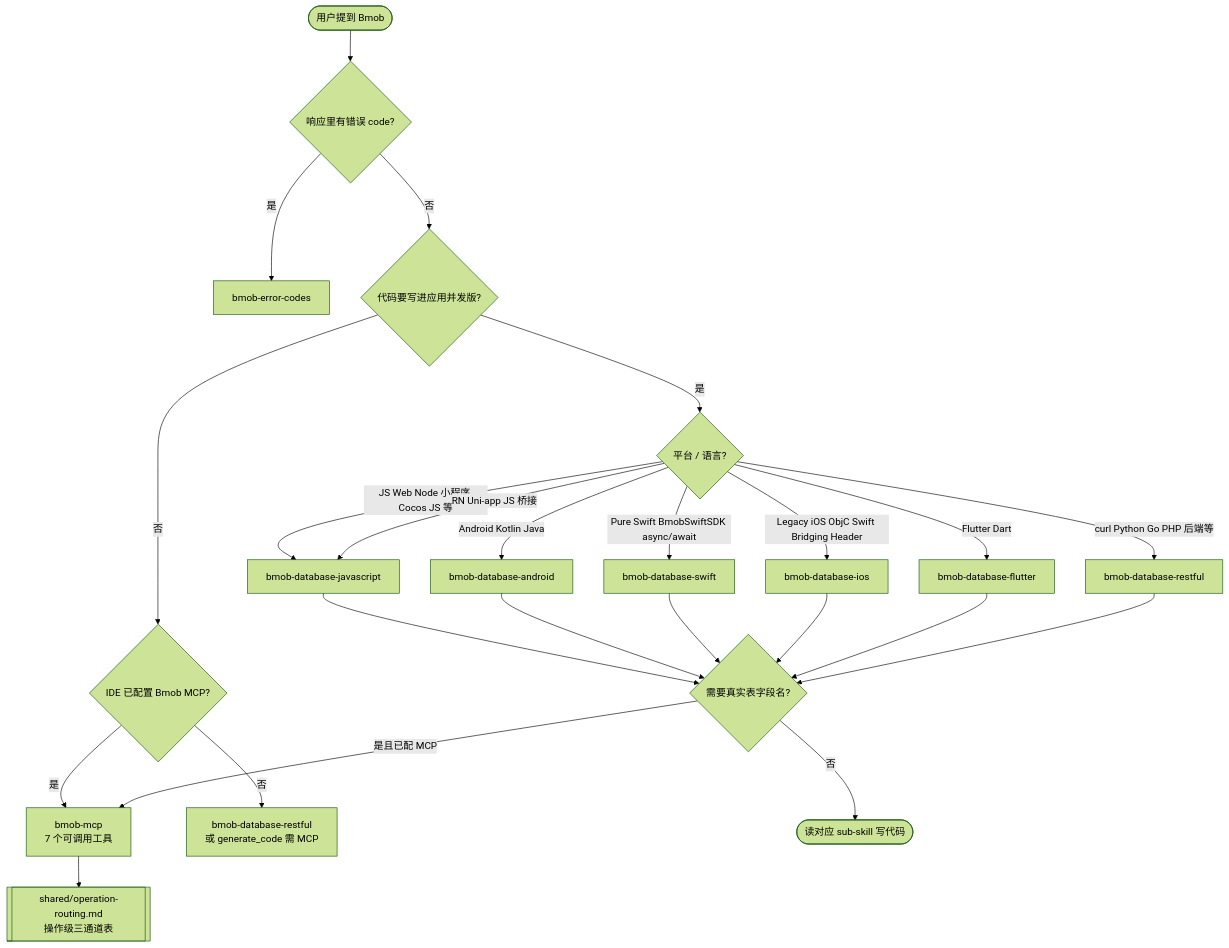
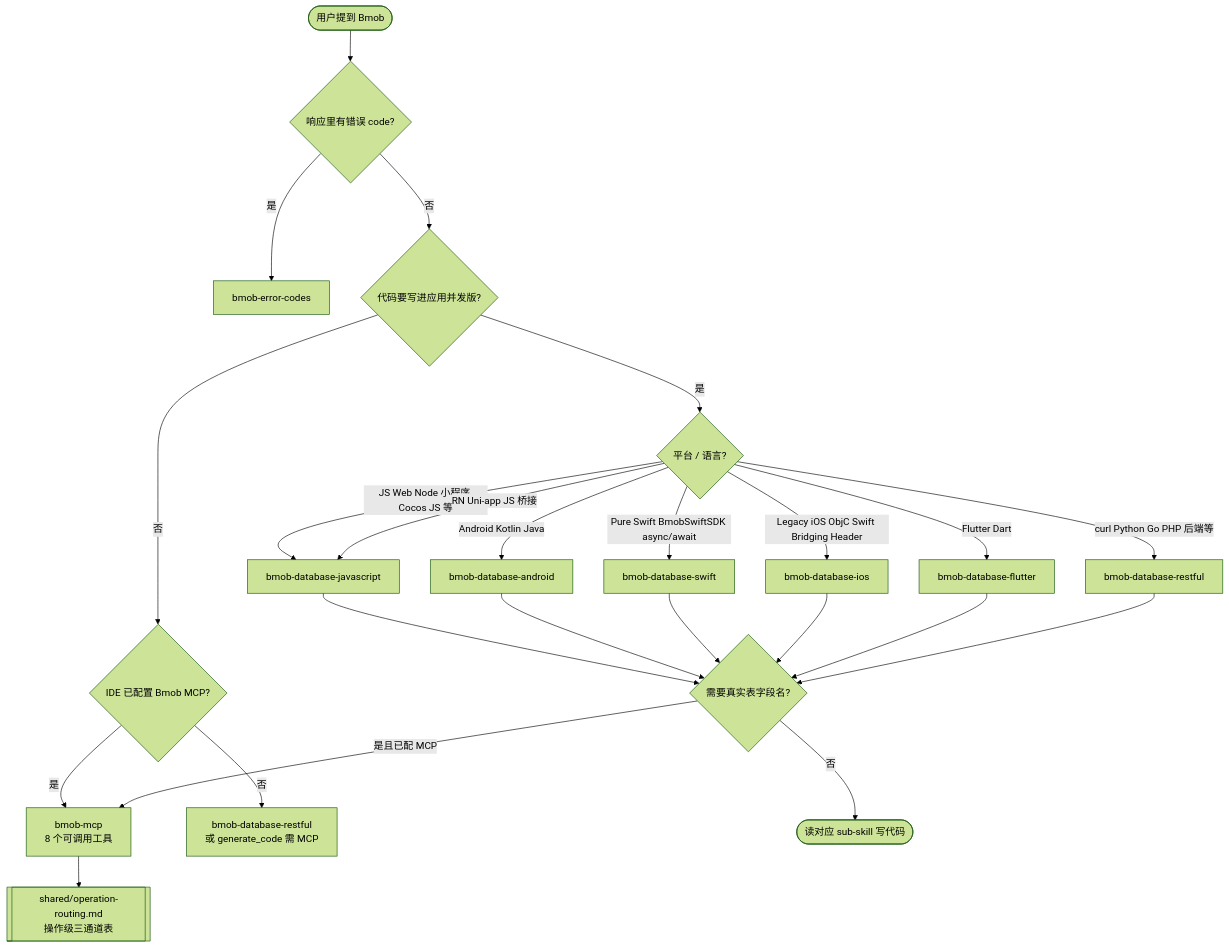
One commit to bmob/agent-skills changed the first of 2 diagrams in skills/bmob/SKILL.md. Above: the diagram before and after it, drawn with Mermaid (forest theme). The commit also changed other lines of this file and 6 other files, not shown here.

````diff
--- a/skills/bmob/SKILL.md
+++ b/skills/bmob/SKILL.md
@@ -42,26 +42,26 @@
 ```mermaid
 flowchart TD
     Start([用户提到 Bmob]) --> Err{响应里有错误 code?}
     Err -->|是| EC[bmob-error-codes]
     Err -->|否| Ship{代码要写进应用并发版?}
     Ship -->|否| McpCfg{IDE 已配置 Bmob MCP?}
-    McpCfg -->|是| MCP[bmob-mcp<br/>7 个可调用工具]
+    McpCfg -->|是| MCP[bmob-mcp<br/>8 个可调用工具]
     McpCfg -->|否| RestOnly[bmob-database-restful<br/>或 generate_code 需 MCP]
     Ship -->|是| Plat{平台 / 语言?}
     Plat -->|JS Web Node 小程序 Cocos JS 等| JS[bmob-database-javascript]
     Plat -->|Android Kotlin Java| AND[bmob-database-android]
     Plat -->|Pure Swift BmobSwiftSDK async/await| SWIFT[bmob-database-swift]
     Plat -->|Legacy iOS ObjC Swift Bridging Header| IOS[bmob-database-ios]
     Plat -->|Flutter Dart| FLUT[bmob-database-flutter]
     Plat -->|curl Python Go PHP 后端等| REST[bmob-database-restful]
     Plat -->|RN Uni-app JS 桥接| JS
     JS --> Schema{需要真实表字段名?}
     AND --> Schema
     SWIFT --> Schema
     IOS --> Schema
     FLUT --> Schema
     REST --> Schema
     Schema -->|是且已配 MCP| MCP
     Schema -->|否| Done([读对应 sub-skill 写代码])
     MCP --> OpTable[[shared/operation-routing.md<br/>操作级三通道表]]
 ```
````
